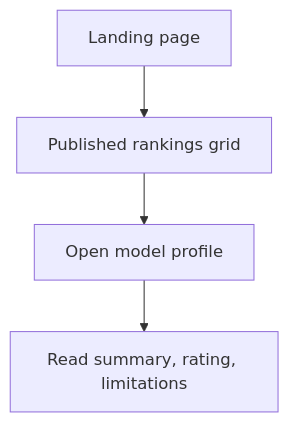
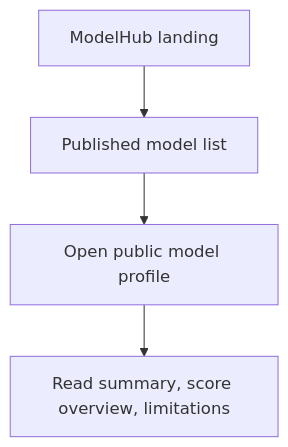
The fourth of 5 diagrams in AISandboxDev/02_Product_UI/User_Flow.md (FaldyMaul/SecurityAI), drawn with Mermaid before and after one commit. The commit also changed other lines of this file and 328 other files, not shown here.

````diff
--- a/AISandboxDev/02_Product_UI/User_Flow.md
+++ b/AISandboxDev/02_Product_UI/User_Flow.md
@@ -125,6 +127,6 @@
 ```mermaid
 flowchart TD
-  A["Landing page"] --> B["Published rankings grid"]
-  B --> C["Open model profile"]
-  C --> D["Read summary, rating, limitations"]
+  A["ModelHub landing"] --> B["Published model list"]
+  B --> C["Open public model profile"]
+  C --> D["Read summary, score overview, limitations"]
 ```
````
